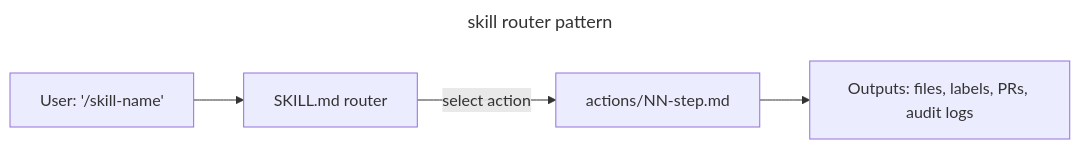
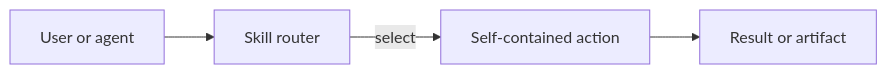
One commit to ai-driven-dev/framework changed the second of 2 diagrams in docs/ARCHITECTURE.md. Above: the diagram before and after it, drawn with Mermaid. The commit also changed other lines of this file and 2 other files, not shown here.

First line of the commit message:
docs(framework): clarify architecture and telemetry for all readers

````diff
--- a/docs/ARCHITECTURE.md
+++ b/docs/ARCHITECTURE.md
@@ -100,9 +95,6 @@
 ```mermaid
----
-title: skill router pattern
----
 flowchart LR
-  User["User: '/skill-name'"] --> Skill["SKILL.md router"]
-  Skill -->|select action| Action["actions/NN-step.md"]
-  Action --> Out["Outputs: files, labels, PRs, audit logs"]
+  Caller["User or agent"] --> Router["Skill router"]
+  Router -->|select| Action["Self-contained action"]
+  Action --> Result["Result or artifact"]
 ```
````
